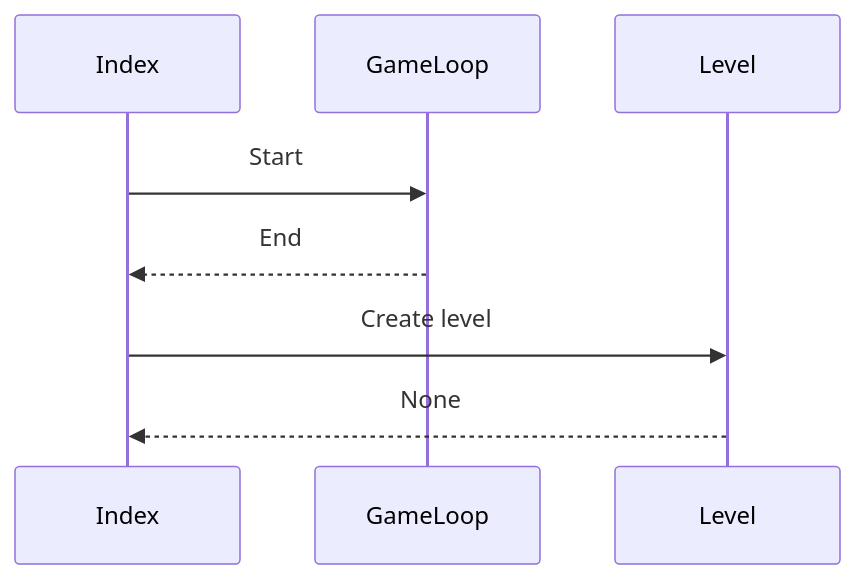
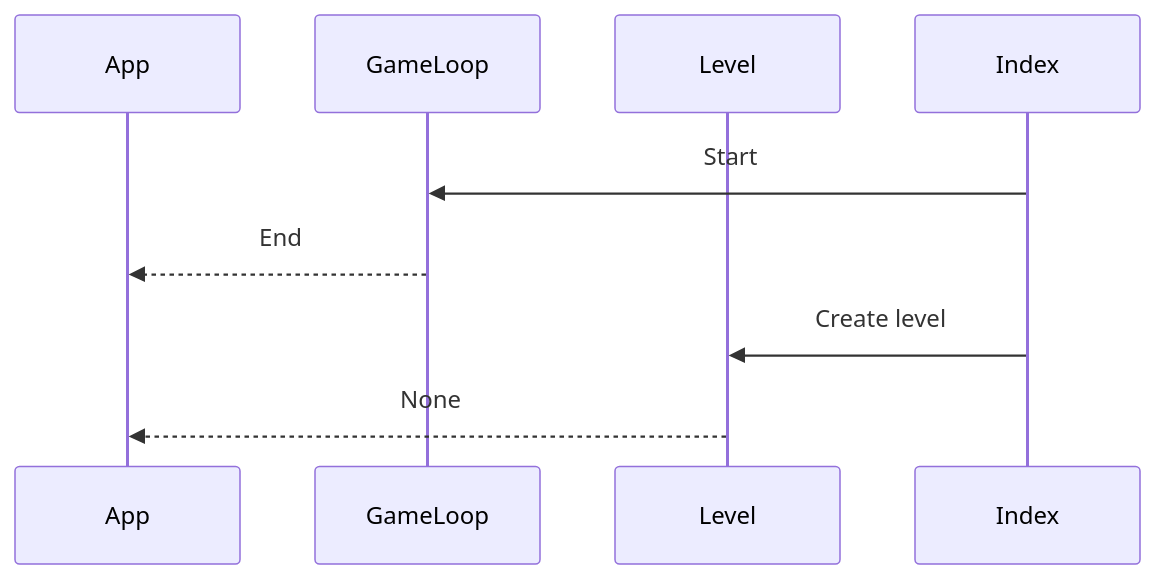
The second of 2 diagrams in dokumentaatio/arkkitehtuuri.md (AapoTuulentie/ot-harjoitusty-), drawn with Mermaid before and after one commit. The commit also changed other lines of this file, not shown here.

````diff
--- a/dokumentaatio/arkkitehtuuri.md
+++ b/dokumentaatio/arkkitehtuuri.md
@@ -43,12 +44,12 @@
 ```mermaid
     sequenceDiagram
         
-        participant Index
+        participant App
         participant GameLoop
         participant Level
         Index ->> GameLoop: Start
-        GameLoop -->> Index: End
+        GameLoop -->> App: End
         Index ->> Level: Create level
-        Level -->> Index: None
+        Level -->> App: None
         
 ```
````
